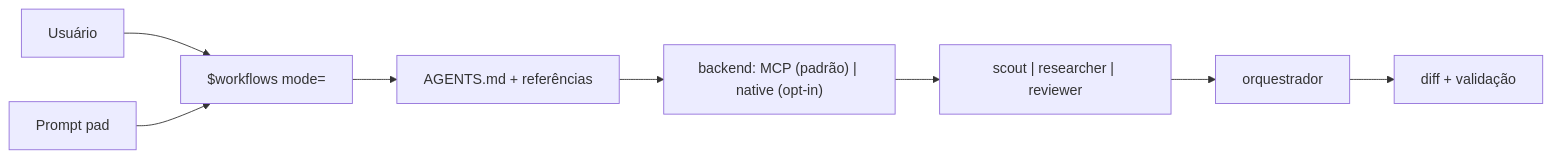
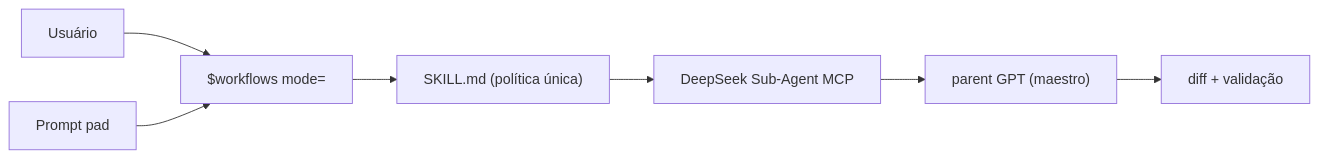
One commit to CheekyCodexConjurer/codex-workflows-kit changed the diagram in README.md. Above: the diagram before and after it, drawn with Mermaid. The commit also changed other lines of this file and 23 other files, not shown here.

```diff
--- a/README.md
+++ b/README.md
@@ -100,10 +94,9 @@
 ~~~mermaid
 flowchart LR
     USER["Usuário"] --> WF["$workflows mode=<MODE>"]
     PAD["Prompt pad"] --> WF
-    WF --> RULES["AGENTS.md + referências"]
-    RULES --> BACKEND["backend: MCP (padrão) | native (opt-in)"]
-    BACKEND --> SIDE["scout | researcher | reviewer"]
-    SIDE --> PARENT["orquestrador"]
+    WF --> RULES["SKILL.md (política única)"]
+    RULES --> MCP["DeepSeek Sub-Agent MCP"]
+    MCP --> PARENT["parent GPT (maestro)"]
     PARENT --> GATE["diff + validação"]
 ~~~
```
